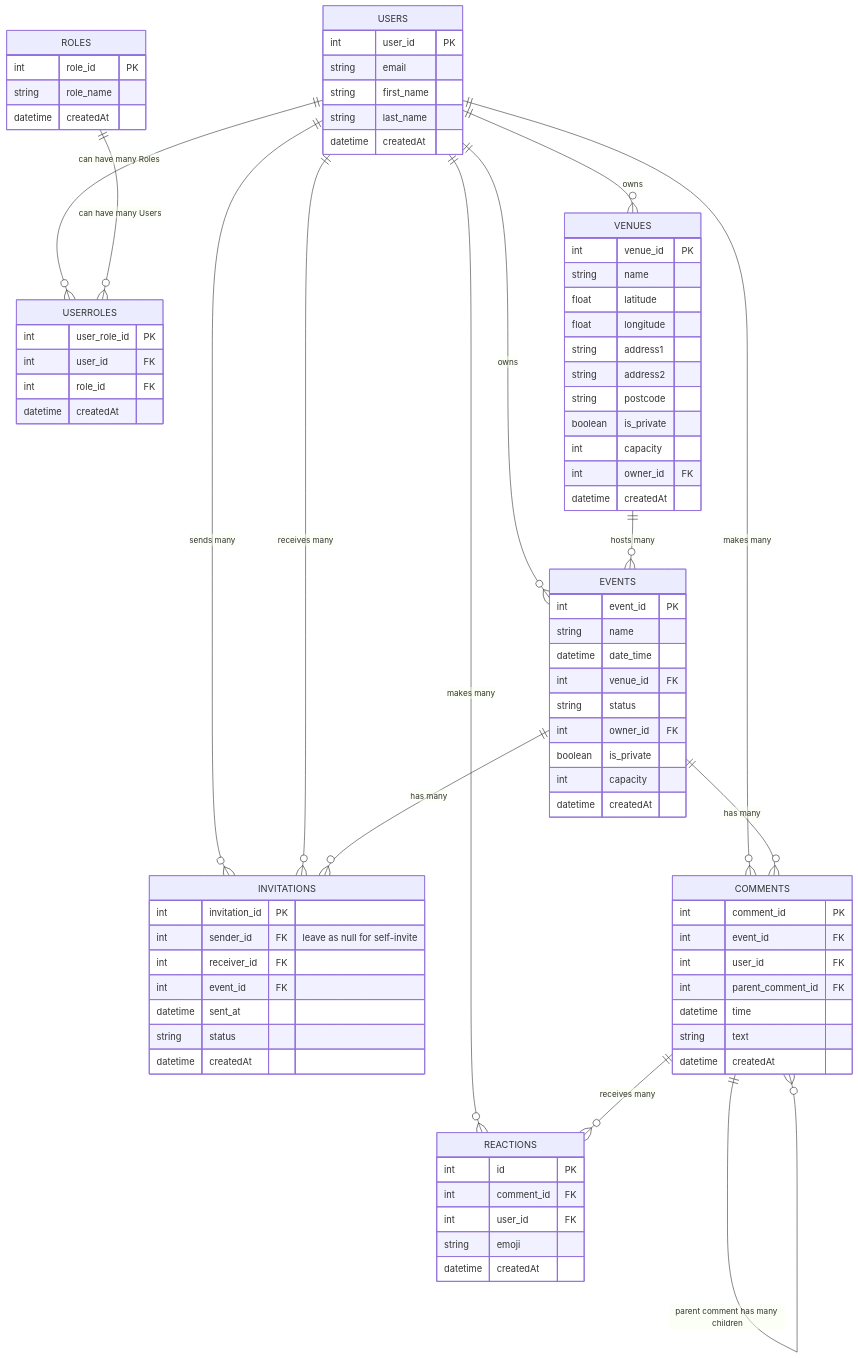
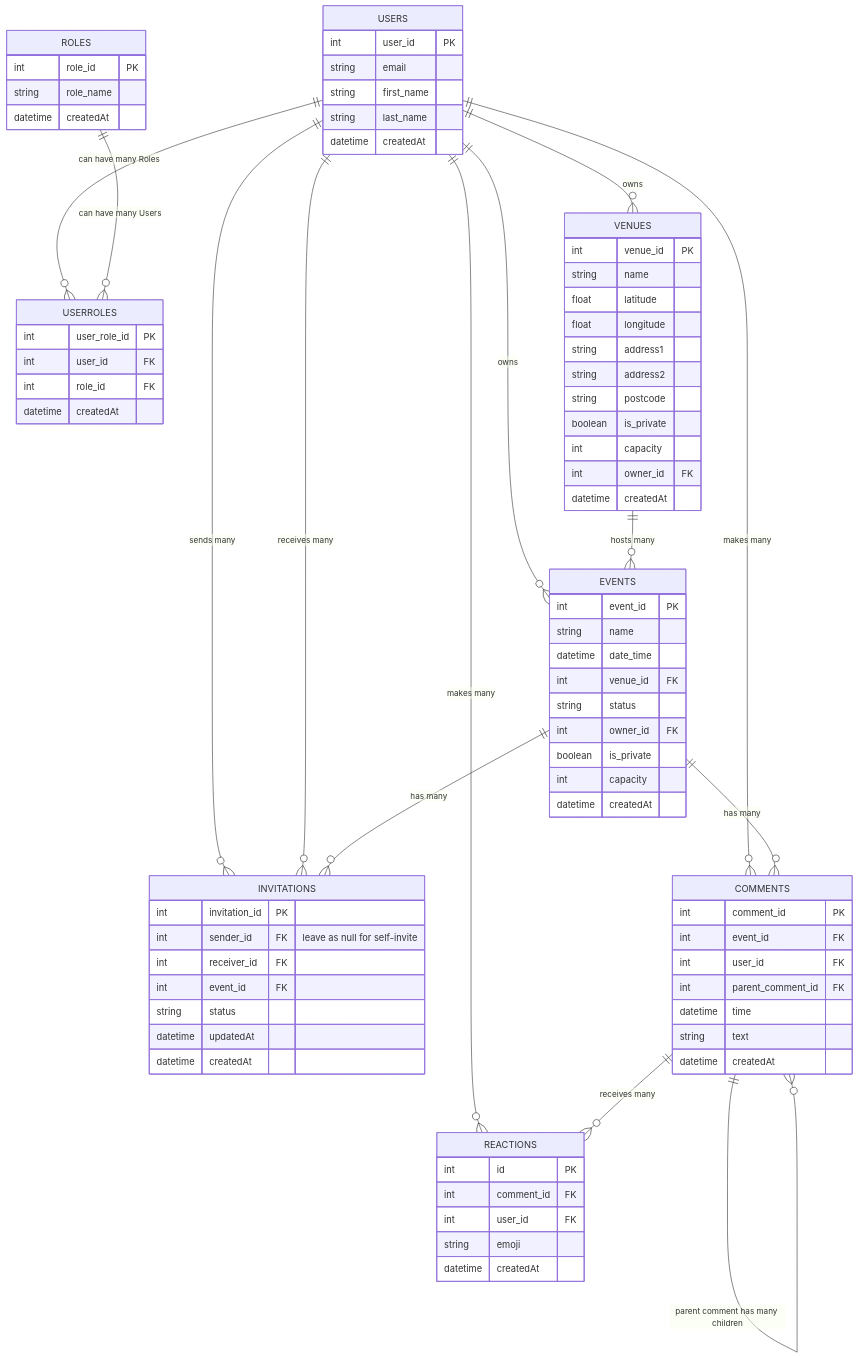
One commit to rossmawd/silver-spoon changed the diagram in relational-db-mark-one.mermaid. Above: the diagram before and after it, drawn with Mermaid.

Commit message:
one line change

```diff
--- a/relational-db-mark-one.mermaid
+++ b/relational-db-mark-one.mermaid
@@ -1,90 +1,90 @@
 erDiagram
 
     USERS {
         int user_id PK
         string email
         string first_name
         string last_name
         datetime createdAt
     }
     
     ROLES {
         int role_id PK
         string role_name
         datetime createdAt
     }
     
     USERROLES {
         int user_role_id PK
         int user_id FK
         int role_id FK
         datetime createdAt
     }
     
     EVENTS {
         int event_id PK
         string name
         datetime date_time
         int venue_id FK
         string status
         int owner_id FK
         boolean is_private
         int capacity
         datetime createdAt
     }
     
     VENUES {
         int venue_id PK
         string name
         float latitude
         float longitude
         string address1
         string address2
         string postcode
         boolean is_private
         int capacity
         int owner_id FK
         datetime createdAt
     }
-    
+
     INVITATIONS {
         int invitation_id PK
         int sender_id FK "leave as null for self-invite"
         int receiver_id FK
         int event_id FK
-        datetime sent_at
         string status
+        datetime updatedAt
         datetime createdAt
     }
     
     COMMENTS {
         int comment_id PK
         int event_id FK
         int user_id FK
         int parent_comment_id FK
         datetime time
         string text
         datetime createdAt
     }
     
     REACTIONS {
         int id PK
         int comment_id FK
         int user_id FK
         string emoji
         datetime createdAt
     }
 
     USERS ||--o{ USERROLES: "can have many Roles"
     ROLES ||--o{ USERROLES: "can have many Users"
     USERS ||--o{ EVENTS: "owns"
     USERS ||--o{ VENUES: "owns"
     USERS ||--o{ COMMENTS: "makes many"
     USERS ||--o{ REACTIONS: "makes many"
     EVENTS ||--o{ COMMENTS: "has many"
     COMMENTS ||--o{ REACTIONS: "receives many"
     COMMENTS ||--o{ COMMENTS: "parent comment has many children"
     VENUES ||--o{ EVENTS: "hosts many"
     USERS ||--o{ INVITATIONS: "sends many"
     USERS ||--o{ INVITATIONS: "receives many"
     EVENTS ||--o{ INVITATIONS: "has many"
```
